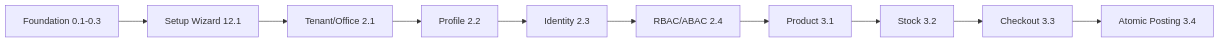
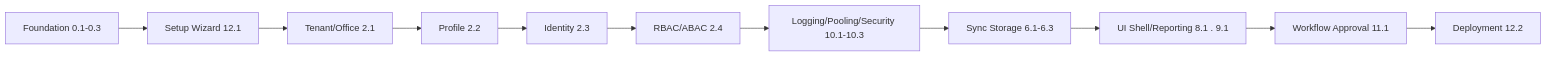
The fifth of 5 diagrams in AGENTS.md (ahliweb/awcms-mini), drawn with Mermaid before and after one commit. The commit also changed other lines of this file and 8 other files, not shown here.

````diff
--- a/AGENTS.md
+++ b/AGENTS.md
@@ -211,12 +213,13 @@
 ```mermaid
 flowchart LR
   F[Foundation 0.1-0.3] --> S[Setup Wizard 12.1]
   S --> T[Tenant/Office 2.1]
   T --> P[Profile 2.2]
   P --> A[Identity 2.3]
   A --> R[RBAC/ABAC 2.4]
-  R --> C[Product 3.1]
-  C --> K[Stock 3.2]
-  K --> CO[Checkout 3.3]
-  CO --> PO[Atomic Posting 3.4]
+  R --> OBS[Logging/Pooling/Security 10.1-10.3]
+  OBS --> SY[Sync Storage 6.1-6.3]
+  SY --> UI[UI Shell/Reporting 8.1 . 9.1]
+  UI --> WF[Workflow Approval 11.1]
+  WF --> DEP[Deployment 12.2]
 ```
````
